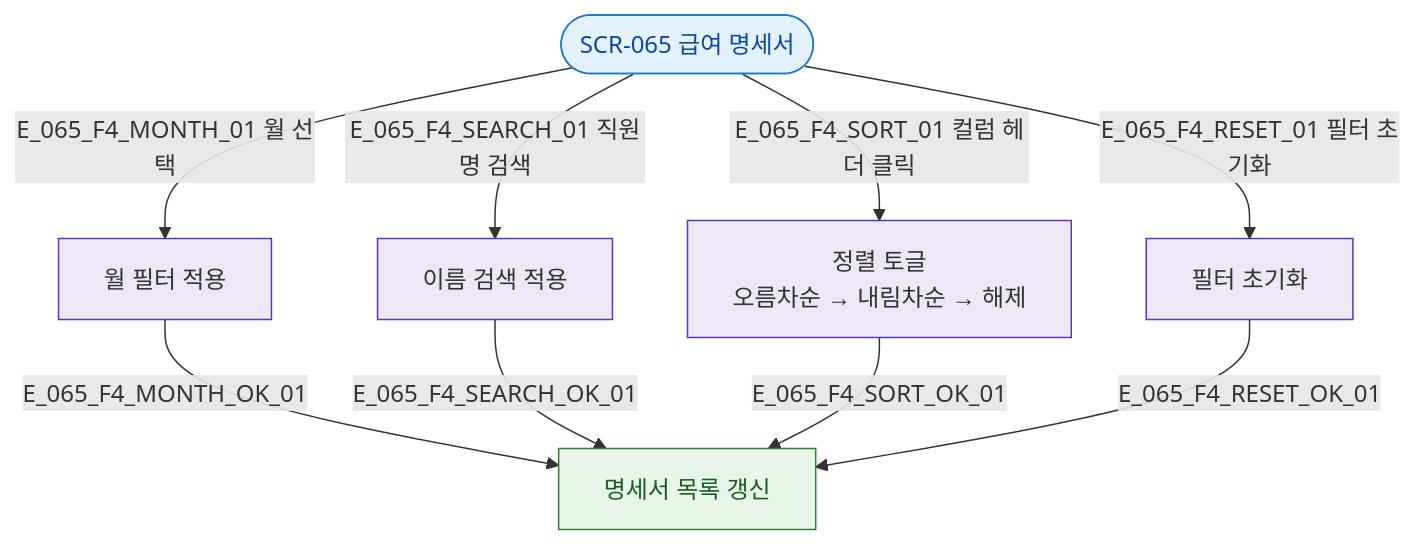
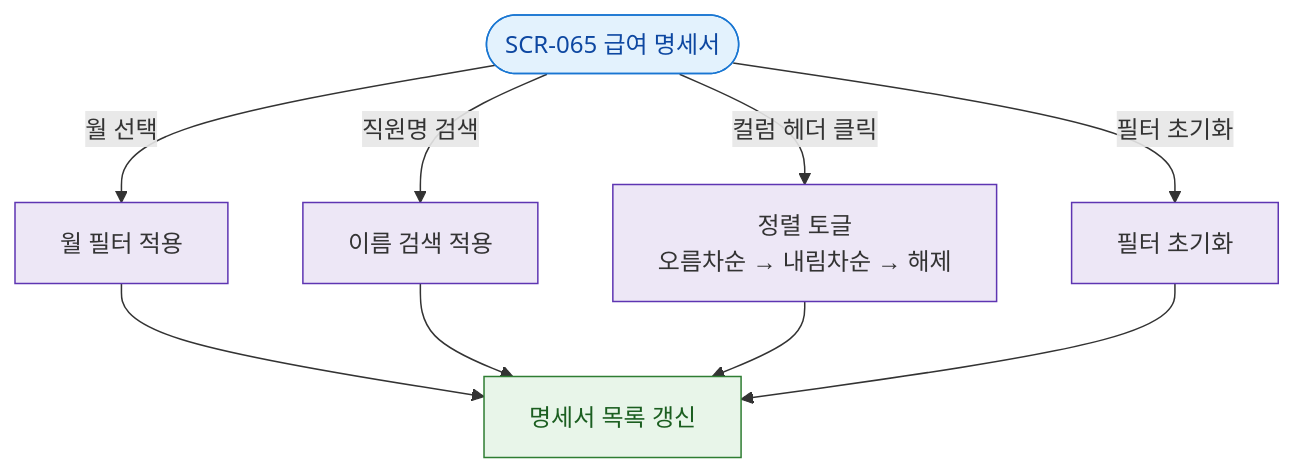
The diagram in docs/다이어그램/D07_직원관리/SCR-065_급여명세서/F4_필터검색정렬.md (dev-spogym/admin-pando), drawn with Mermaid before and after one commit. The commit also changed other lines of this file and 1660 other files, not shown here.

First line of the commit message:
다이어그램: 기획자/클라이언트 납품본으로 정리

````diff
--- a/docs/다이어그램/D07_직원관리/SCR-065_급여명세서/F4_필터검색정렬.md
+++ b/docs/다이어그램/D07_직원관리/SCR-065_급여명세서/F4_필터검색정렬.md
@@ -14,22 +12,22 @@
 ```mermaid
 flowchart TD
   SCR_065([SCR-065 급여 명세서])
 
-  SCR_065 -->|E_065_F4_MONTH_01 월 선택| FILTER_MONTH[월 필터 적용]
-  SCR_065 -->|E_065_F4_SEARCH_01 직원명 검색| FILTER_SEARCH[이름 검색 적용]
-  SCR_065 -->|E_065_F4_SORT_01 컬럼 헤더 클릭| SORT[정렬 토글\n오름차순 → 내림차순 → 해제]
-  SCR_065 -->|E_065_F4_RESET_01 필터 초기화| RESET[필터 초기화]
+  SCR_065 -->|월 선택|FILTER_MONTH[월 필터 적용]
+  SCR_065 -->|직원명 검색|FILTER_SEARCH[이름 검색 적용]
+  SCR_065 -->|컬럼 헤더 클릭|SORT[정렬 토글\n오름차순 → 내림차순 → 해제]
+  SCR_065 -->|필터 초기화|RESET[필터 초기화]
 
-  FILTER_MONTH -->|E_065_F4_MONTH_OK_01| RESULT[명세서 목록 갱신]
-  FILTER_SEARCH -->|E_065_F4_SEARCH_OK_01| RESULT
-  SORT -->|E_065_F4_SORT_OK_01| RESULT
-  RESET -->|E_065_F4_RESET_OK_01| RESULT
+  FILTER_MONTH --> RESULT[명세서 목록 갱신]
+  FILTER_SEARCH --> RESULT
+  SORT --> RESULT
+  RESET --> RESULT
 
-  classDef screen  fill:#E3F2FD,stroke:#1976D2,color:#0D47A1
-  classDef system  fill:#EDE7F6,stroke:#5E35B2
+  classDef screen fill:#E3F2FD,stroke:#1976D2,color:#0D47A1
+  classDef system fill:#EDE7F6,stroke:#5E35B2
   classDef success fill:#E8F5E9,stroke:#2E7D32,color:#1B5E20
 
   class SCR_065 screen
   class FILTER_MONTH,FILTER_SEARCH,SORT,RESET system
   class RESULT success
 ```
````
